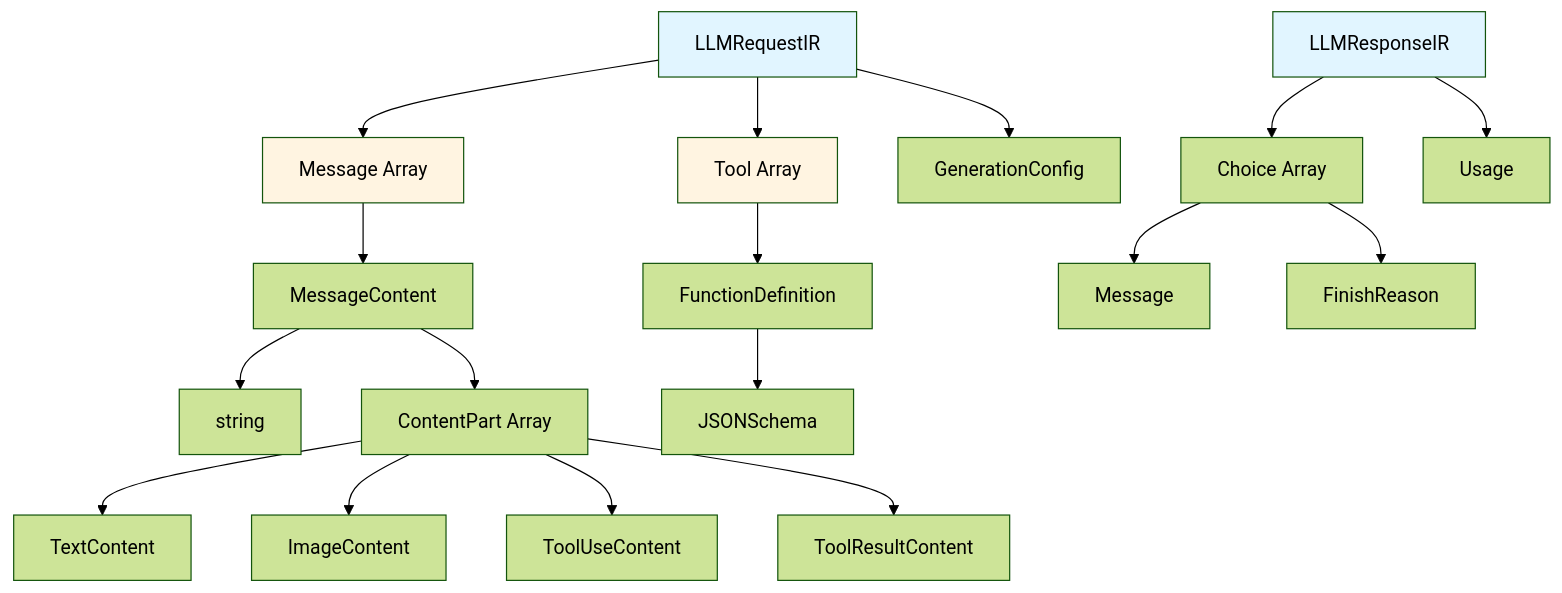
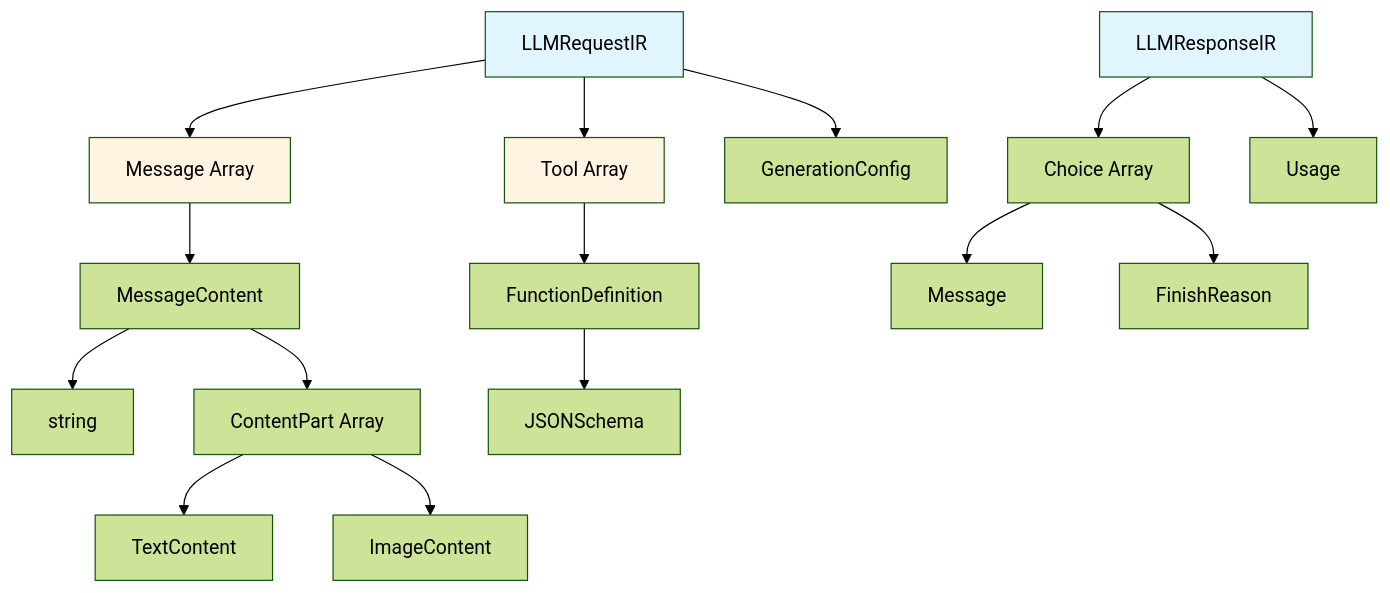
Before and after one commit to isboyjc/amux: the first of 3 diagrams in apps/website/app/content/docs/en/api/ir.mdx, drawn with Mermaid (forest theme). The commit also changed other lines of this file and 223 other files, not shown here.

````diff
--- a/apps/website/app/content/docs/en/api/ir.mdx
+++ b/apps/website/app/content/docs/en/api/ir.mdx
@@ -10,29 +10,27 @@
 ```mermaid
 graph TD
     A[LLMRequestIR] --> B["Message Array"]
     A --> C["Tool Array"]
     A --> D[GenerationConfig]
 
     B --> E[MessageContent]
     E --> F[string]
     E --> G["ContentPart Array"]
 
     G --> H[TextContent]
     G --> I[ImageContent]
-    G --> J[ToolUseContent]
-    G --> K[ToolResultContent]
 
     C --> L[FunctionDefinition]
     L --> M[JSONSchema]
 
     N[LLMResponseIR] --> O["Choice Array"]
     O --> P[Message]
     O --> Q[FinishReason]
 
     N --> R[Usage]
 
     style A fill:#e1f5ff
     style N fill:#e1f5ff
     style B fill:#fff4e1
     style C fill:#fff4e1
 ```
````
